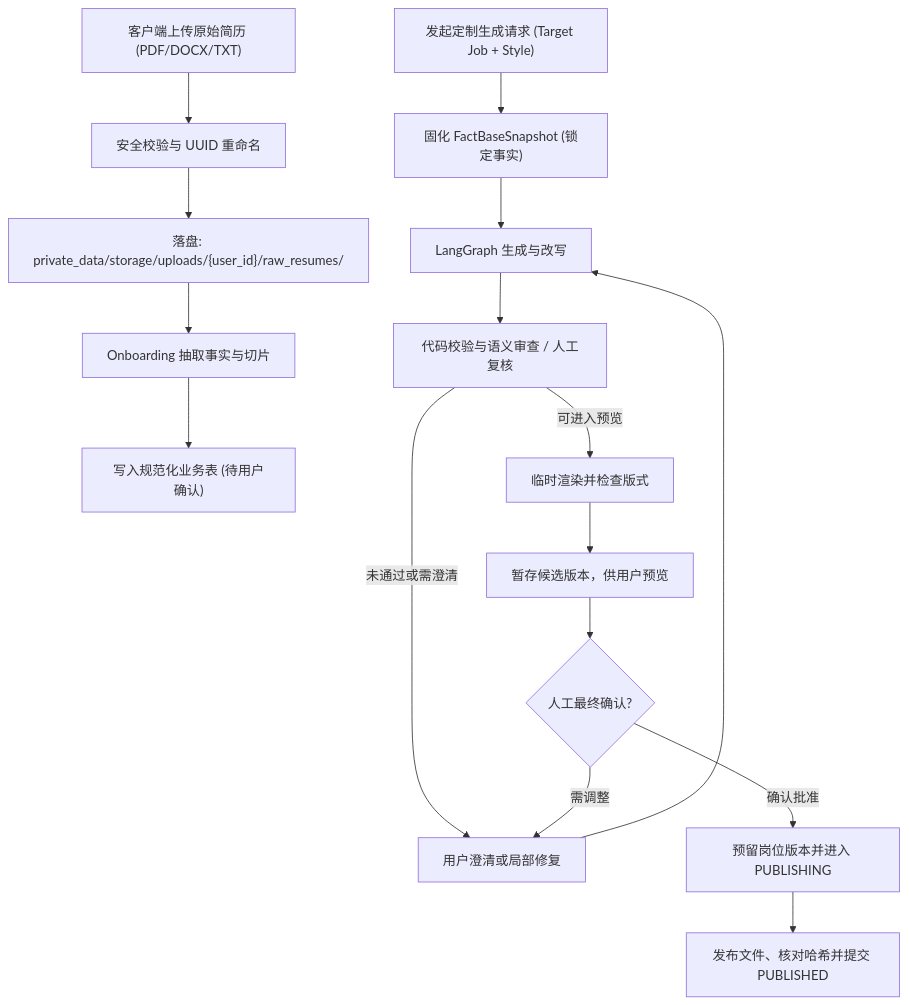
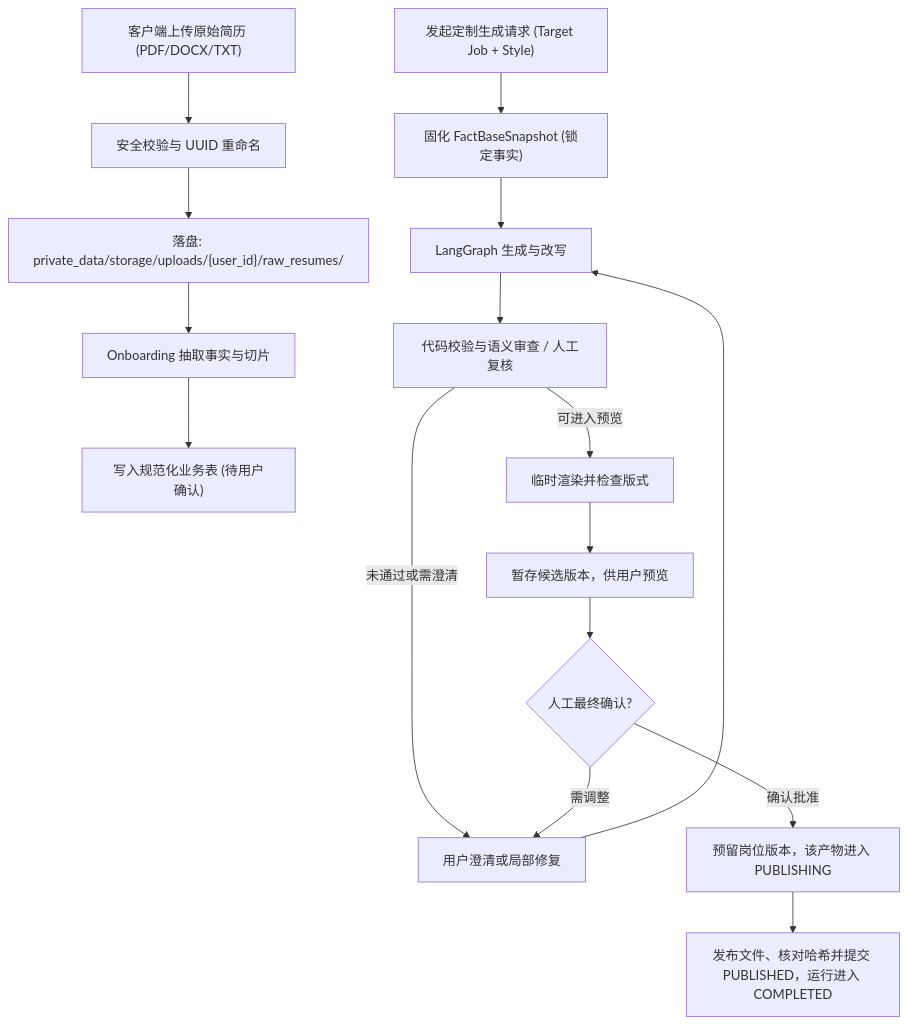
Before and after one commit to zy79/Resume_tailor: the first of 2 diagrams in documents/resume_tailor_agent_design.md, drawn with Mermaid. The commit also changed other lines of this file and 8 other files, not shown here.

````diff
--- a/documents/resume_tailor_agent_design.md
+++ b/documents/resume_tailor_agent_design.md
@@ -217,19 +348,19 @@
 ```mermaid
 graph TD
     A["客户端上传原始简历 (PDF/DOCX/TXT)"] --> B["安全校验与 UUID 重命名"]
     B --> C["落盘: private_data/storage/uploads/{user_id}/raw_resumes/"]
     C --> D["Onboarding 抽取事实与切片"]
     D --> E["写入规范化业务表 (待用户确认)"]
 
     F["发起定制生成请求 (Target Job + Style)"] --> G["固化 FactBaseSnapshot (锁定事实)"]
     G --> H["LangGraph 生成与改写"]
     H --> J["代码校验与语义审查 / 人工复核"]
     J -- 未通过或需澄清 --> M["用户澄清或局部修复"]
     M --> H
     J -- 可进入预览 --> I["临时渲染并检查版式"]
     I --> K["暂存候选版本，供用户预览"]
     K --> L{"人工最终确认?"}
     L -- 需调整 --> M
-    L -- 确认批准 --> N["预留岗位版本并进入 PUBLISHING"]
-    N --> O["发布文件、核对哈希并提交 PUBLISHED"]
+    L -- 确认批准 --> N["预留岗位版本，该产物进入 PUBLISHING"]
+    N --> O["发布文件、核对哈希并提交 PUBLISHED，运行进入 COMPLETED"]
 ```
````
